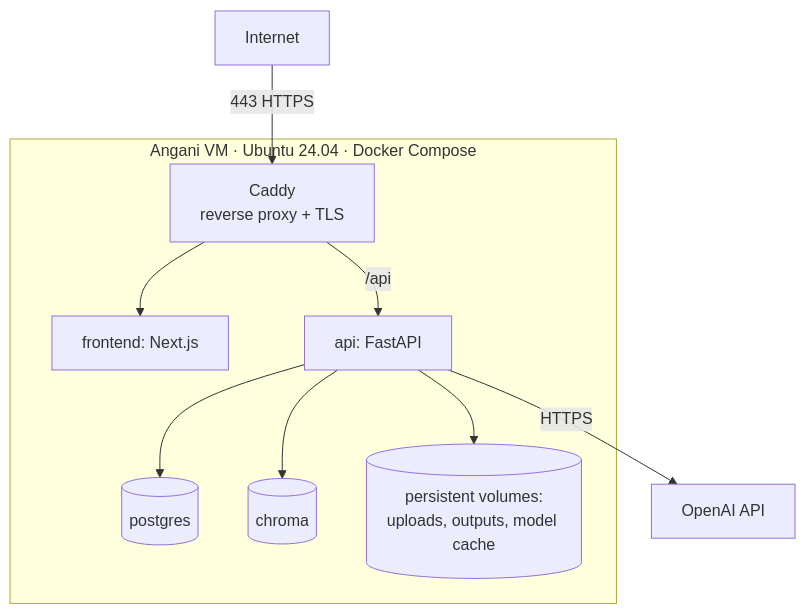
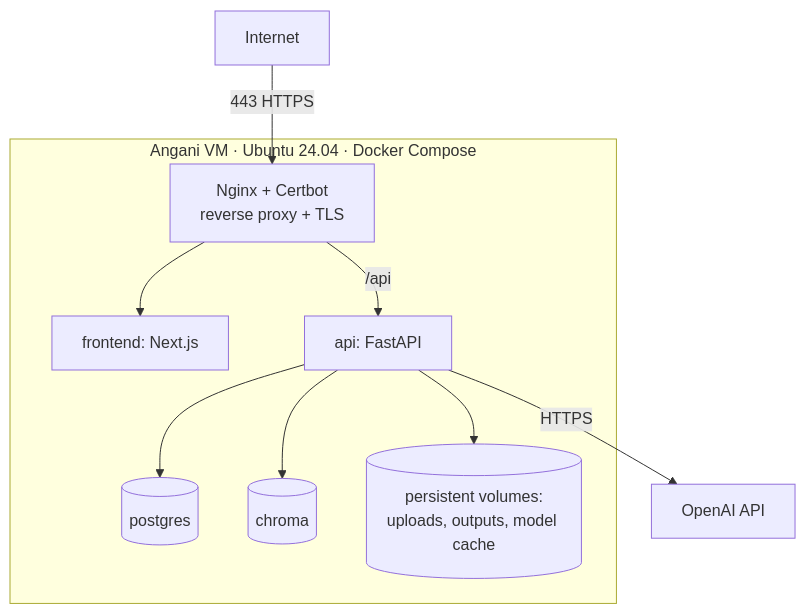
The diagram in docs/07-tech-stack.md (gilbert-mutai/unipress-de), drawn with Mermaid before and after one commit. The commit also changed other lines of this file and 1 other file, not shown here.

First line of the commit message:
Use Nginx + Certbot for TLS instead of Caddy

````diff
--- a/docs/07-tech-stack.md
+++ b/docs/07-tech-stack.md
@@ -188,12 +191,12 @@
 ```mermaid
 flowchart TD
-    NET[Internet] -->|443 HTTPS| CADDY[Caddy<br/>reverse proxy + TLS]
+    NET[Internet] -->|443 HTTPS| NGINX[Nginx + Certbot<br/>reverse proxy + TLS]
     subgraph VM["Angani VM · Ubuntu 24.04 · Docker Compose"]
-        CADDY --> FE[frontend: Next.js]
-        CADDY -->|/api| API[api: FastAPI]
+        NGINX --> FE[frontend: Next.js]
+        NGINX -->|/api| API[api: FastAPI]
         API --> PG[(postgres)]
         API --> CH[(chroma)]
         API --> VOL[(persistent volumes:<br/>uploads, outputs, model cache)]
     end
     API -->|HTTPS| OA[OpenAI API]
 ```
````
